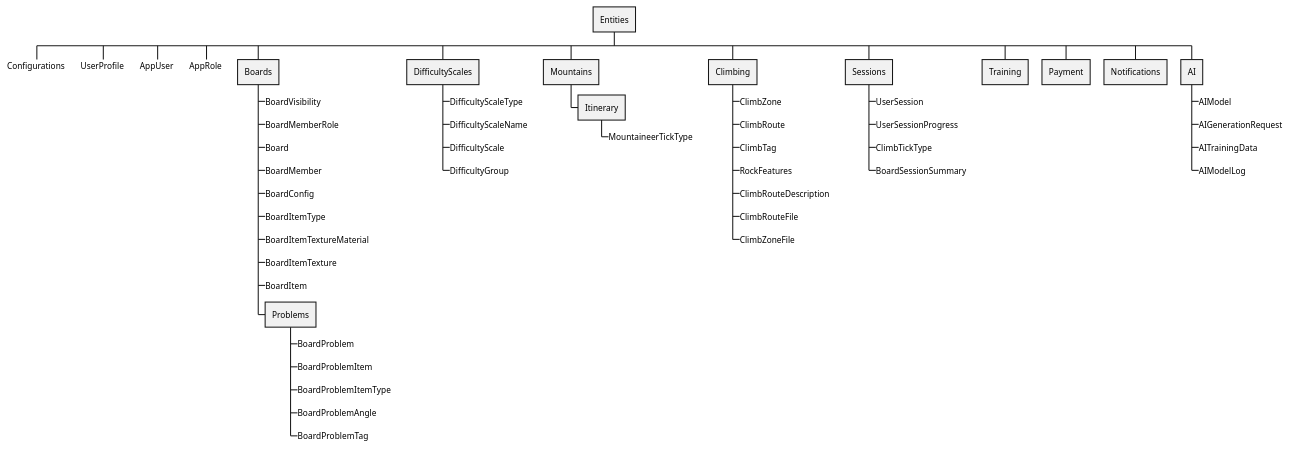
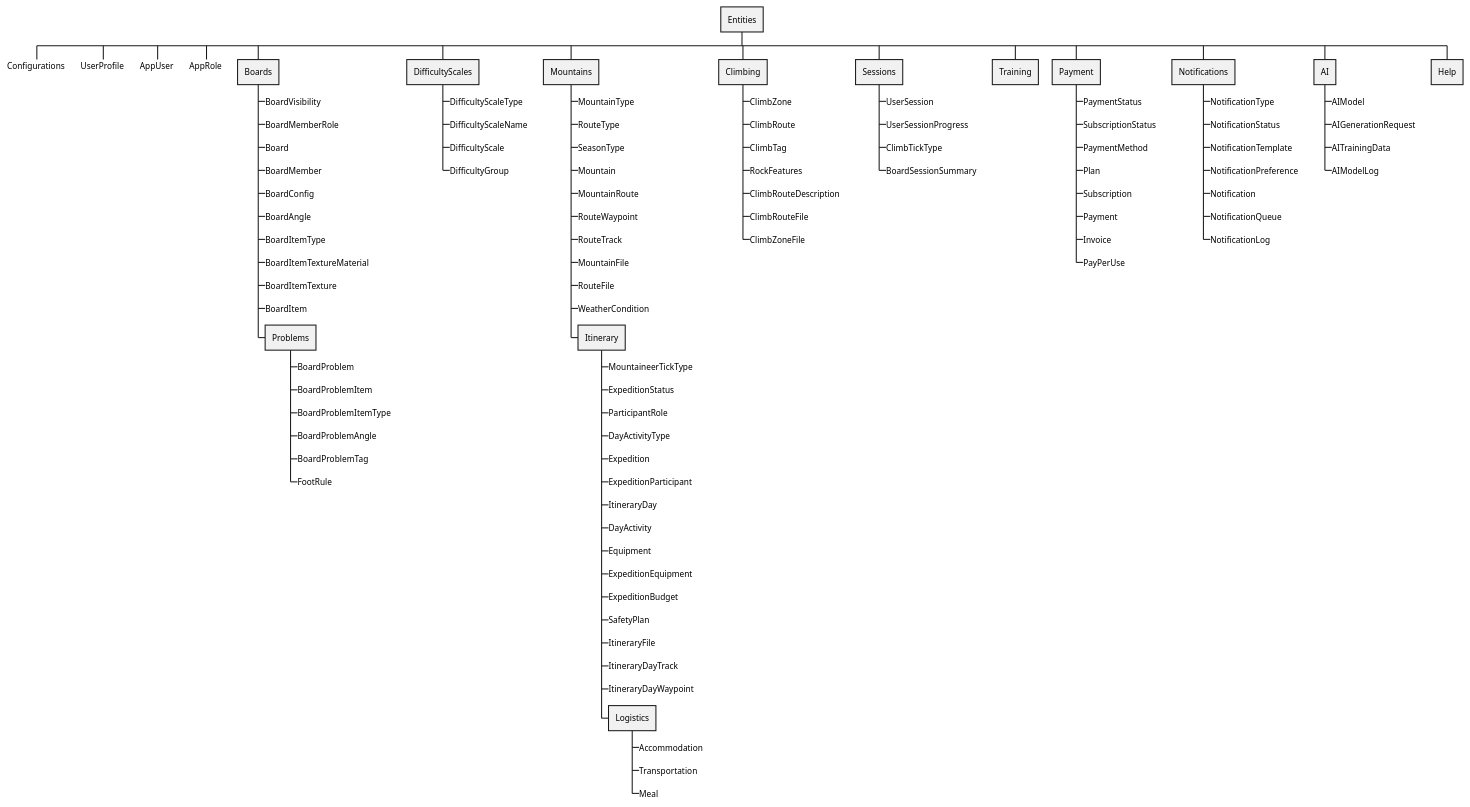
The diagram in Docs/Diagrams/Package.puml (julyoc/ClimbEdge), drawn with PlantUML before and after one commit. The commit also changed 1 other file, not shown here.

```diff
--- a/Docs/Diagrams/Package.puml
+++ b/Docs/Diagrams/Package.puml
@@ -1,54 +1,100 @@
 @startwbs Packages Diagram
 
 * Entities
 **_> Configurations
 **_> UserProfile
 **_> AppUser
 **_> AppRole
 ** Boards
 ***_> BoardVisibility <<enum>>
 ***_> BoardMemberRole <<enum>>
 ***_> Board
 ***_> BoardMember
 ***_> BoardConfig
+***_> BoardAngle
 ***_> BoardItemType
 ***_> BoardItemTextureMaterial
 ***_> BoardItemTexture
 ***_> BoardItem
 *** Problems
 ****_> BoardProblem
 ****_> BoardProblemItem
 ****_> BoardProblemItemType
 ****_> BoardProblemAngle
 ****_> BoardProblemTag
+****_> FootRule
 ** DifficultyScales
 ***_> DifficultyScaleType
 ***_> DifficultyScaleName
 ***_> DifficultyScale
 ***_> DifficultyGroup
 ** Mountains
+***_> MountainType <<enum>>
+***_> RouteType <<enum>>
+***_> SeasonType <<enum>>
+***_> Mountain
+***_> MountainRoute
+***_> RouteWaypoint
+***_> RouteTrack
+***_> MountainFile
+***_> RouteFile
+***_> WeatherCondition
 *** Itinerary
 ****_> MountaineerTickType <<enum>>
+****_> ExpeditionStatus <<enum>>
+****_> ParticipantRole <<enum>>
+****_> DayActivityType <<enum>>
+****_> Expedition
+****_> ExpeditionParticipant
+****_> ItineraryDay
+****_> DayActivity
+****_> Equipment
+****_> ExpeditionEquipment
+****_> ExpeditionBudget
+****_> SafetyPlan
+****_> ItineraryFile
+****_> ItineraryDayTrack
+****_> ItineraryDayWaypoint
+**** Logistics
+*****_> Accommodation
+*****_> Transportation
+*****_> Meal
 ** Climbing
 ***_> ClimbZone
 ***_> ClimbRoute
 ***_> ClimbTag
 ***_> RockFeatures
 ***_> ClimbRouteDescription
 ***_> ClimbRouteFile
 ***_> ClimbZoneFile
 ** Sessions
 ***_> UserSession
 ***_> UserSessionProgress
 ***_> ClimbTickType <<enum>>
 ***_> BoardSessionSummary
 ** Training
 ** Payment
+***_> PaymentStatus <<enum>>
+***_> SubscriptionStatus <<enum>>
+***_> PaymentMethod
+***_> Plan
+***_> Subscription
+***_> Payment
+***_> Invoice
+***_> PayPerUse
 ** Notifications
+***_> NotificationType <<enum>>
+***_> NotificationStatus <<enum>>
+***_> NotificationTemplate
+***_> NotificationPreference
+***_> Notification
+***_> NotificationQueue
+***_> NotificationLog
 ** AI
 ***_> AIModel
 ***_> AIGenerationRequest
 ***_> AITrainingData
 ***_> AIModelLog
+** Help
 
 @endwbs
```
